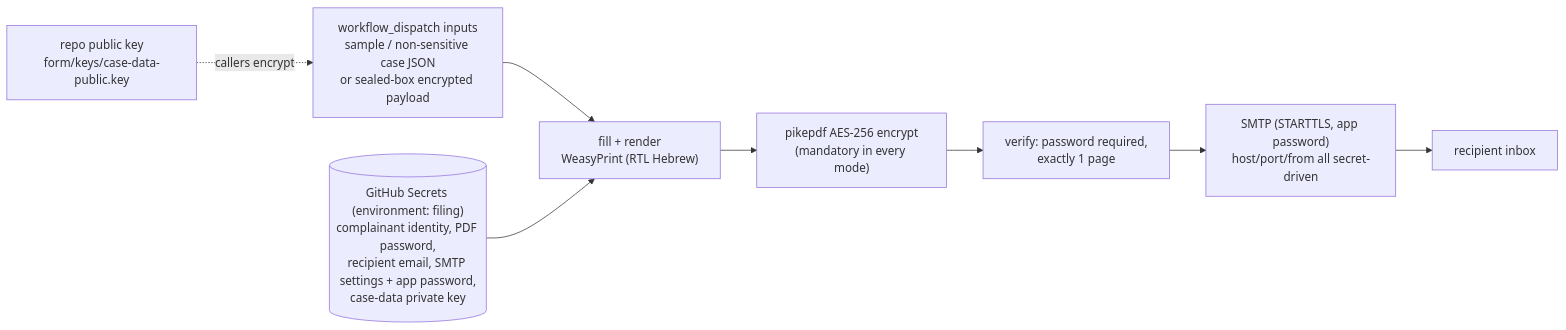
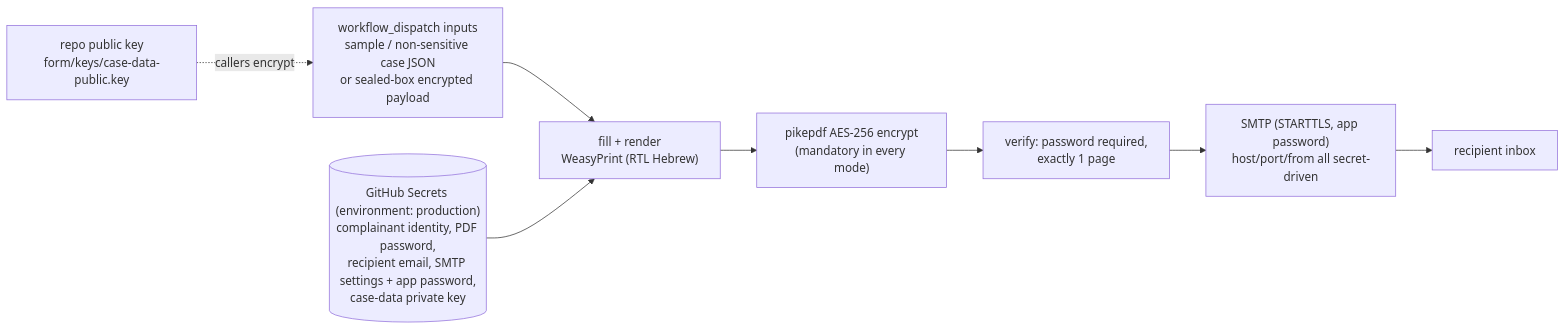
The diagram in README.md (civic-form-tools/traffic-complaint-form), drawn with Mermaid before and after one commit. The commit also changed other lines of this file and 2 other files, not shown here.

First line of the commit message:
Use owner-loaded production bundle behind the same protected gate

````diff
--- a/README.md
+++ b/README.md
@@ -22,10 +22,10 @@
 ```mermaid
 flowchart LR
     A["workflow_dispatch inputs<br>sample / non-sensitive case JSON<br>or sealed-box encrypted payload"] --> C["fill + render<br>WeasyPrint (RTL Hebrew)"]
     K["repo public key<br>form/keys/case-data-public.key"] -. callers encrypt .-> A
-    S[("GitHub Secrets (environment: filing)<br>complainant identity, PDF password,<br>recipient email, SMTP settings + app password,<br>case-data private key")] --> C
+    S[("GitHub Secrets (environment: production)<br>complainant identity, PDF password,<br>recipient email, SMTP settings + app password,<br>case-data private key")] --> C
     C --> D["pikepdf AES-256 encrypt<br>(mandatory in every mode)"]
     D --> V["verify: password required,<br>exactly 1 page"]
     V --> M["SMTP (STARTTLS, app password)<br>host/port/from all secret-driven"]
     M --> E["recipient inbox"]
 ```
````
